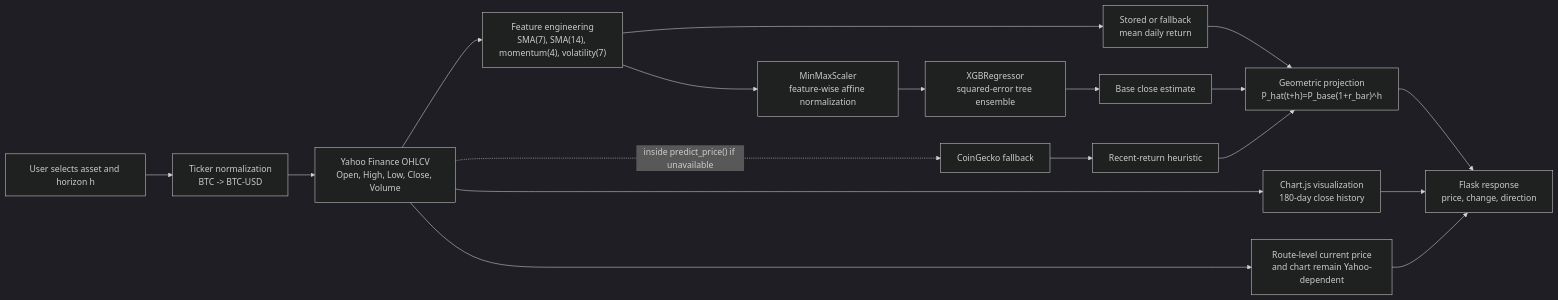
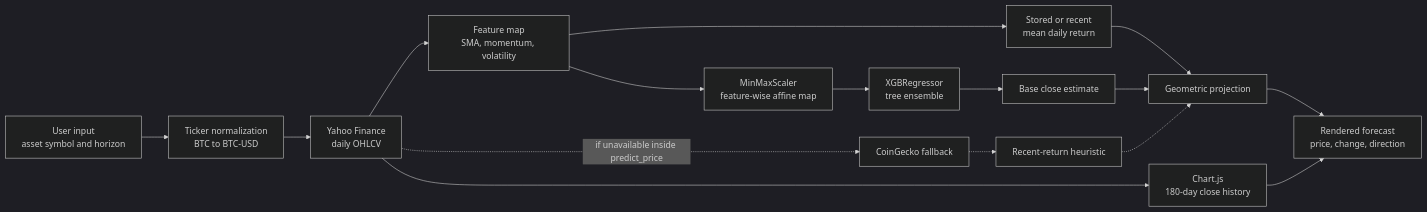
One commit to ITheClixs/CryptoCurrency-Prediction-System-XGBoostregression changed the first of 2 diagrams in README.md. Above: the diagram before and after it, drawn with Mermaid (dark theme). The commit also changed other lines of this file, not shown here.

````diff
--- a/README.md
+++ b/README.md
@@ -62,20 +95,18 @@
 ```mermaid
 flowchart LR
-    A["User selects asset and horizon h"] --> B["Ticker normalization<br/>BTC -> BTC-USD"]
-    B --> C["Yahoo Finance OHLCV<br/>Open, High, Low, Close, Volume"]
-    C --> D["Feature engineering<br/>SMA(7), SMA(14), momentum(4), volatility(7)"]
-    D --> E["MinMaxScaler<br/>feature-wise affine normalization"]
-    E --> F["XGBRegressor<br/>squared-error tree ensemble"]
-    F --> G["Base close estimate"]
-    D --> H["Stored or fallback<br/>mean daily return"]
-    H --> I["Geometric projection<br/>P_hat(t+h)=P_base(1+r_bar)^h"]
-    G --> I
-    I --> J["Flask response<br/>price, change, direction"]
-    C --> K["Chart.js visualization<br/>180-day close history"]
-    K --> J
-    C -. "inside predict_price() if unavailable" .-> L["CoinGecko fallback"]
-    L --> M["Recent-return heuristic"]
-    M --> I
-    C --> N["Route-level current price<br/>and chart remain Yahoo-dependent"]
-    N --> J
+    U["User input<br/>asset symbol and horizon"] --> T["Ticker normalization<br/>BTC to BTC-USD"]
+    T --> Y["Yahoo Finance<br/>daily OHLCV"]
+    Y --> F["Feature map<br/>SMA, momentum, volatility"]
+    F --> S["MinMaxScaler<br/>feature-wise affine map"]
+    S --> X["XGBRegressor<br/>tree ensemble"]
+    X --> B["Base close estimate"]
+    F --> R["Stored or recent<br/>mean daily return"]
+    R --> G["Geometric projection"]
+    B --> G
+    G --> O["Rendered forecast<br/>price, change, direction"]
+    Y --> C["Chart.js<br/>180-day close history"]
+    C --> O
+    Y -. "if unavailable inside predict_price" .-> CG["CoinGecko fallback"]
+    CG -.-> H["Recent-return heuristic"]
+    H -.-> G
 ```
````
